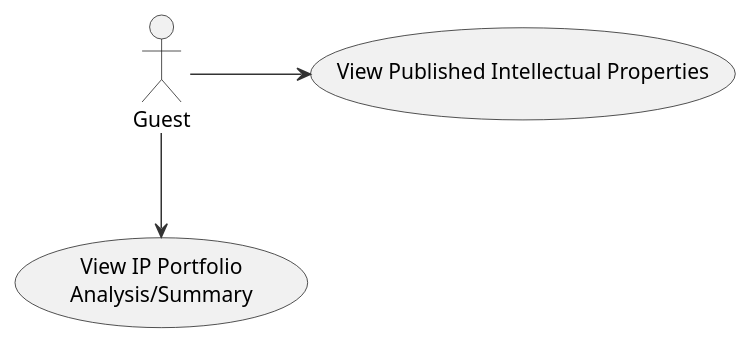
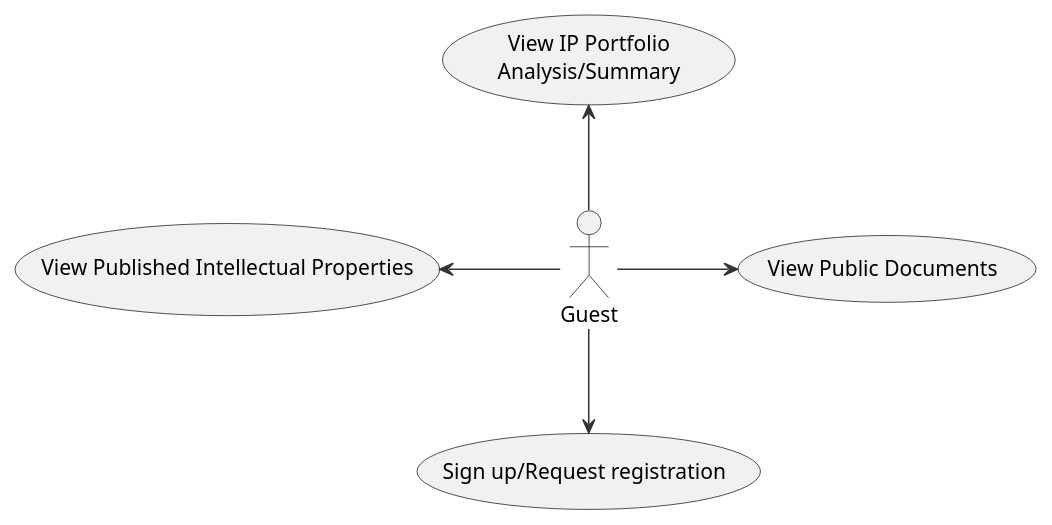
Before and after one commit to jrolana/iris: the diagram in uml diagrams code/uc_guest.wsd, drawn with PlantUML. The commit also changed 9 other files, not shown here.

```diff
--- a/uml diagrams code/uc_guest.wsd
+++ b/uml diagrams code/uc_guest.wsd
@@ -1,19 +1,25 @@
 @startuml
 skinparam shadowing false
-skinparam linetype ortho
+' Commented out ortho to allow natural spreading
+' skinparam linetype ortho
 skinparam ArrowColor #333
 skinparam ArrowThickness 1
 skinparam RankSep 70
 skinparam NodeSep 80
 skinparam NoteBorderColor white
 skinparam NoteBackgroundColor white
 
 actor "Guest" as G
 
 usecase "View IP Portfolio\nAnalysis/Summary" as G_Repo
 usecase "View Published Intellectual Properties" as G_Published
+usecase "View Public Documents" as G_Public
+usecase "Sign up/Request registration" as G_SignUp
 
-' One arrow per interaction
-G -d-> G_Repo
-G -r-> G_Published
+' One arrow per interaction, spread in all 4 directions
+G -up-> G_Repo
+G -down-> G_SignUp
+G -left-> G_Published
+G -right-> G_Public
+
 @enduml
```
